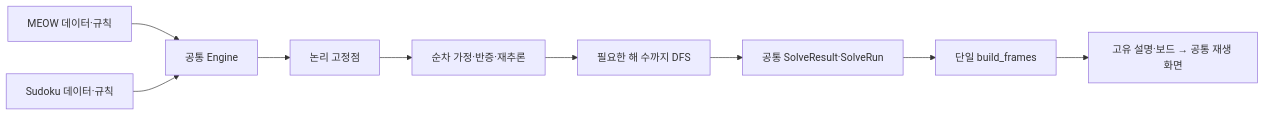
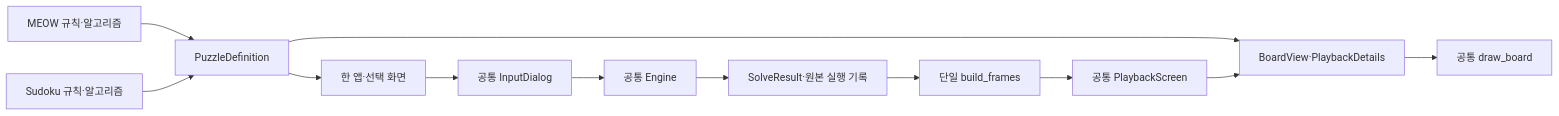
The diagram in docs/architecture.md (June2358/meow-puzzle-solver), drawn with Mermaid before and after one commit. The commit also changed other lines of this file and 52 other files, not shown here.

````diff
--- a/docs/architecture.md
+++ b/docs/architecture.md
@@ -22,11 +7,14 @@
 ```mermaid
 flowchart LR
-    M[MEOW 데이터·규칙] --> E[공통 Engine]
-    S[Sudoku 데이터·규칙] --> E
-    E --> L[논리 고정점]
-    L --> P[순차 가정·반증·재추론]
-    P --> D[필요한 해 수까지 DFS]
-    D --> R[공통 SolveResult·SolveRun]
+    M[MEOW 규칙·알고리즘] --> D[PuzzleDefinition]
+    S[Sudoku 규칙·알고리즘] --> D
+    D --> A[한 앱·선택 화면]
+    A --> I[공통 InputDialog]
+    I --> E[공통 Engine]
+    E --> R[SolveResult·원본 실행 기록]
     R --> F[단일 build_frames]
-    F --> V[고유 설명·보드 → 공통 재생 화면]
+    F --> P[공통 PlaybackScreen]
+    D --> V[BoardView·PlaybackDetails]
+    P --> V
+    V --> B[공통 draw_board]
 ```
````
